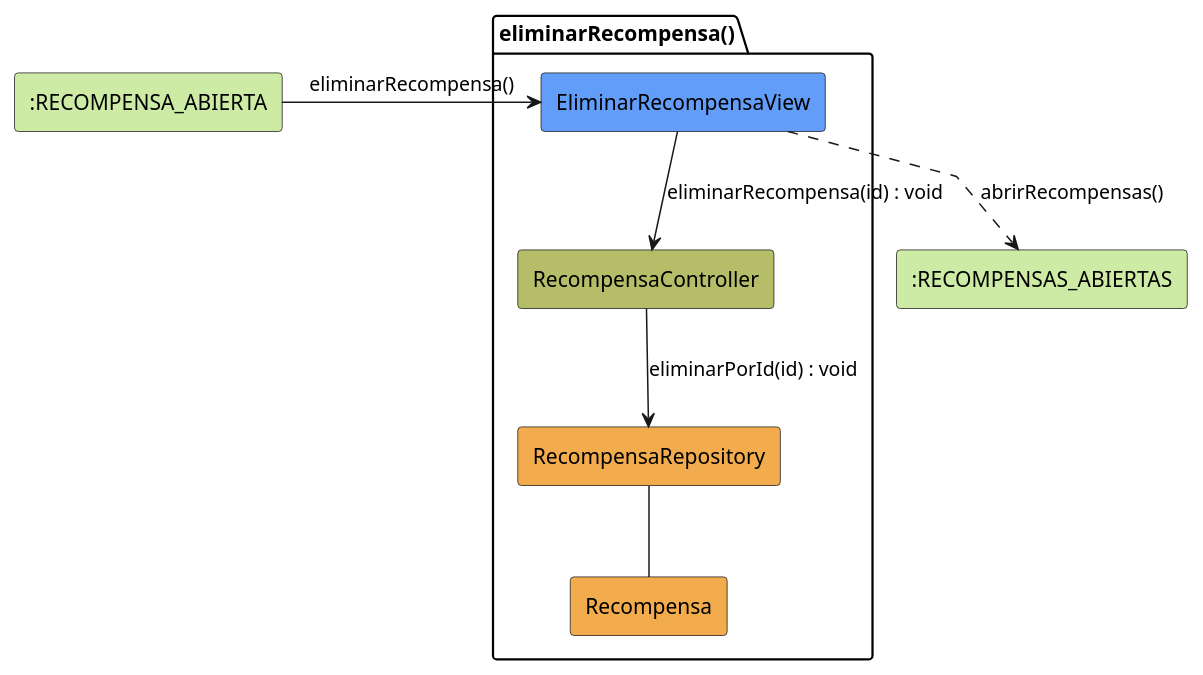
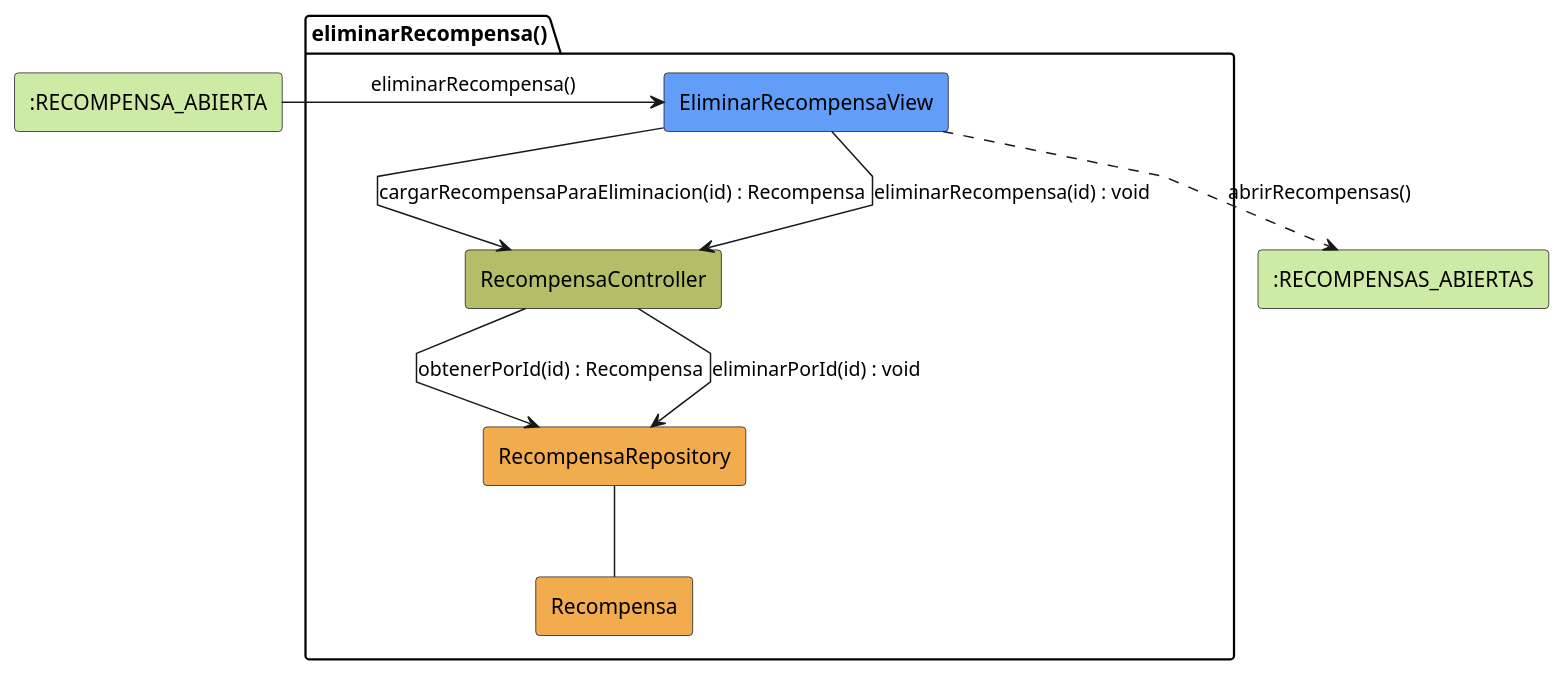
Before and after one commit to 31Diego/25-26-idsw2-sdVC: the diagram in modelosUML/analisis/coordinador/eliminarRecompensa.puml, drawn with PlantUML. The commit also changed 193 other files, not shown here.

```diff
--- a/modelosUML/analisis/coordinador/eliminarRecompensa.puml
+++ b/modelosUML/analisis/coordinador/eliminarRecompensa.puml
@@ -1,25 +1,29 @@
 @startuml eliminarRecompensa-analisis
 skinparam linetype polyline
 
 rectangle #CDEBA5 ":RECOMPENSA_ABIERTA" as RecompensaAbierta
 
 package eliminarRecompensa as "eliminarRecompensa()" {
     rectangle #629EF9 EliminarRecompensaView
     rectangle #b5bd68 RecompensaController
     rectangle #F2AC4E RecompensaRepository
     rectangle #F2AC4E Recompensa
 }
 
 rectangle #CDEBA5 ":RECOMPENSAS_ABIERTAS" as RecompensasSalida
 
 RecompensaAbierta -r-> EliminarRecompensaView: eliminarRecompensa()
 
-EliminarRecompensaView -d-> RecompensaController: eliminarRecompensa(id) : void
+EliminarRecompensaView -d-> RecompensaController: cargarRecompensaParaEliminacion(id) : Recompensa
+
+RecompensaController --> RecompensaRepository: obtenerPorId(id) : Recompensa
+
+RecompensaRepository -- Recompensa
+
+EliminarRecompensaView --> RecompensaController: eliminarRecompensa(id) : void
 
 RecompensaController --> RecompensaRepository: eliminarPorId(id) : void
-
-RecompensaRepository -- Recompensa
 
 EliminarRecompensaView ..> RecompensasSalida: abrirRecompensas()
 
 @enduml
```
